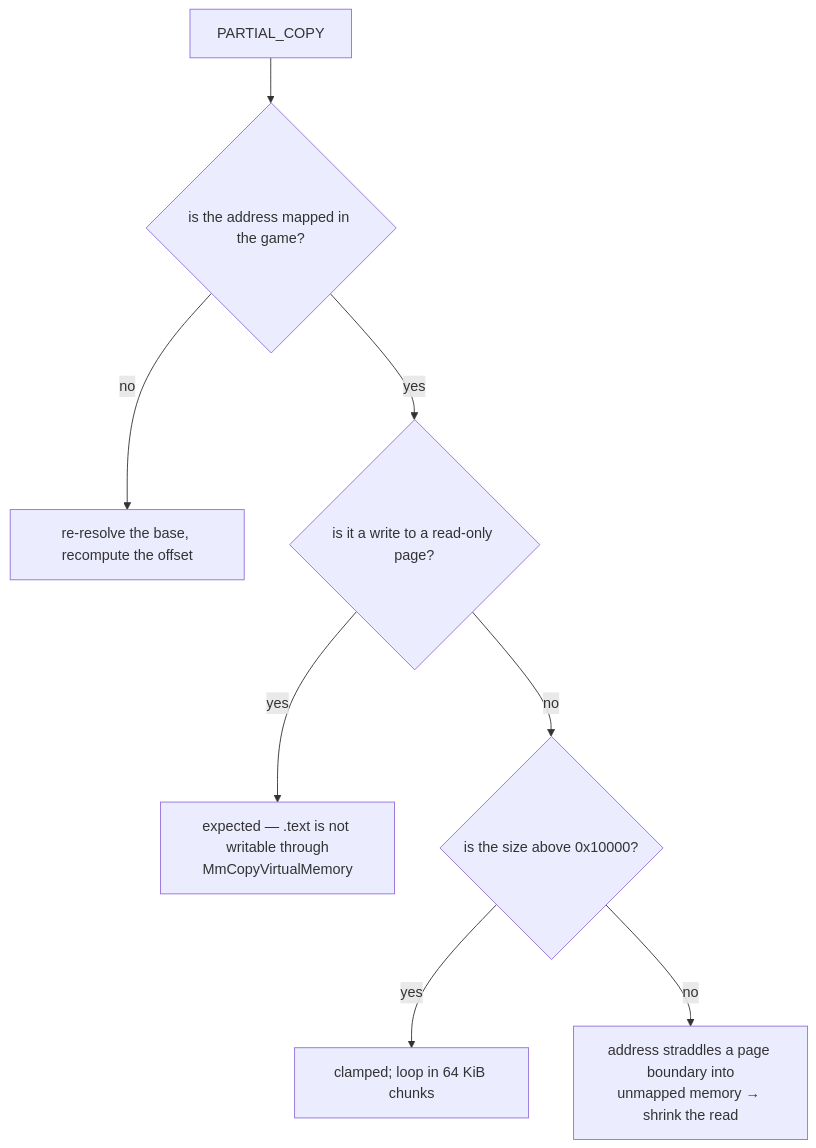
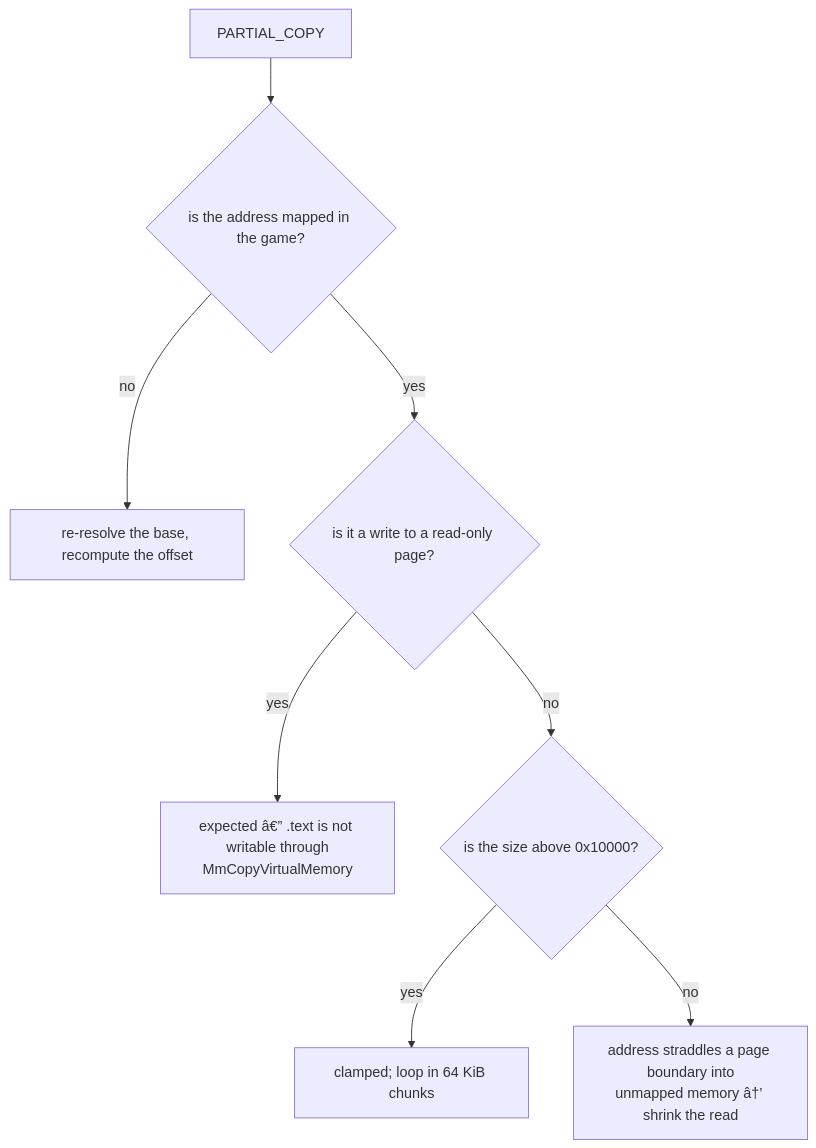
One commit to 0xMALVEE/kernmem changed the third of 5 diagrams in docs/troubleshooting.md. Above: the diagram before and after it, drawn with Mermaid. The commit also changed other lines of this file and 919 other files, not shown here.

````diff
--- a/docs/troubleshooting.md
+++ b/docs/troubleshooting.md
@@ -57,10 +57,10 @@
 ```mermaid
 flowchart TD
     A["PARTIAL_COPY"] --> B{"is the address mapped in the game?"}
     B -->|no| B1["re-resolve the base, recompute the offset"]
     B -->|yes| C{"is it a write to a read-only page?"}
-    C -->|yes| C1["expected — .text is not writable through<br/>MmCopyVirtualMemory"]
+    C -->|yes| C1["expected â€” .text is not writable through<br/>MmCopyVirtualMemory"]
     C -->|no| D{"is the size above 0x10000?"}
     D -->|yes| D1["clamped; loop in 64 KiB chunks"]
-    D -->|no| E["address straddles a page boundary into<br/>unmapped memory → shrink the read"]
+    D -->|no| E["address straddles a page boundary into<br/>unmapped memory â†’ shrink the read"]
 ```
````
